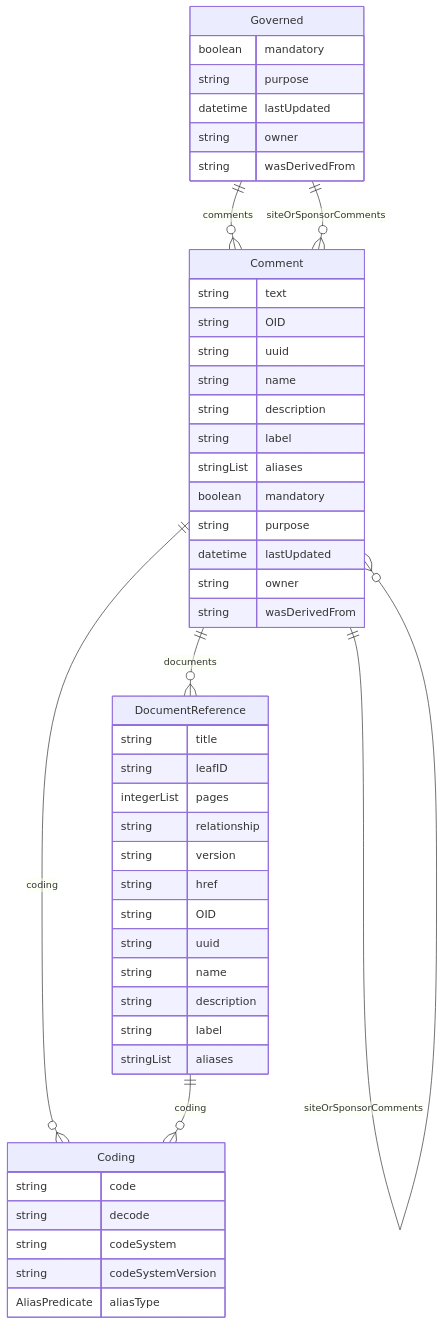
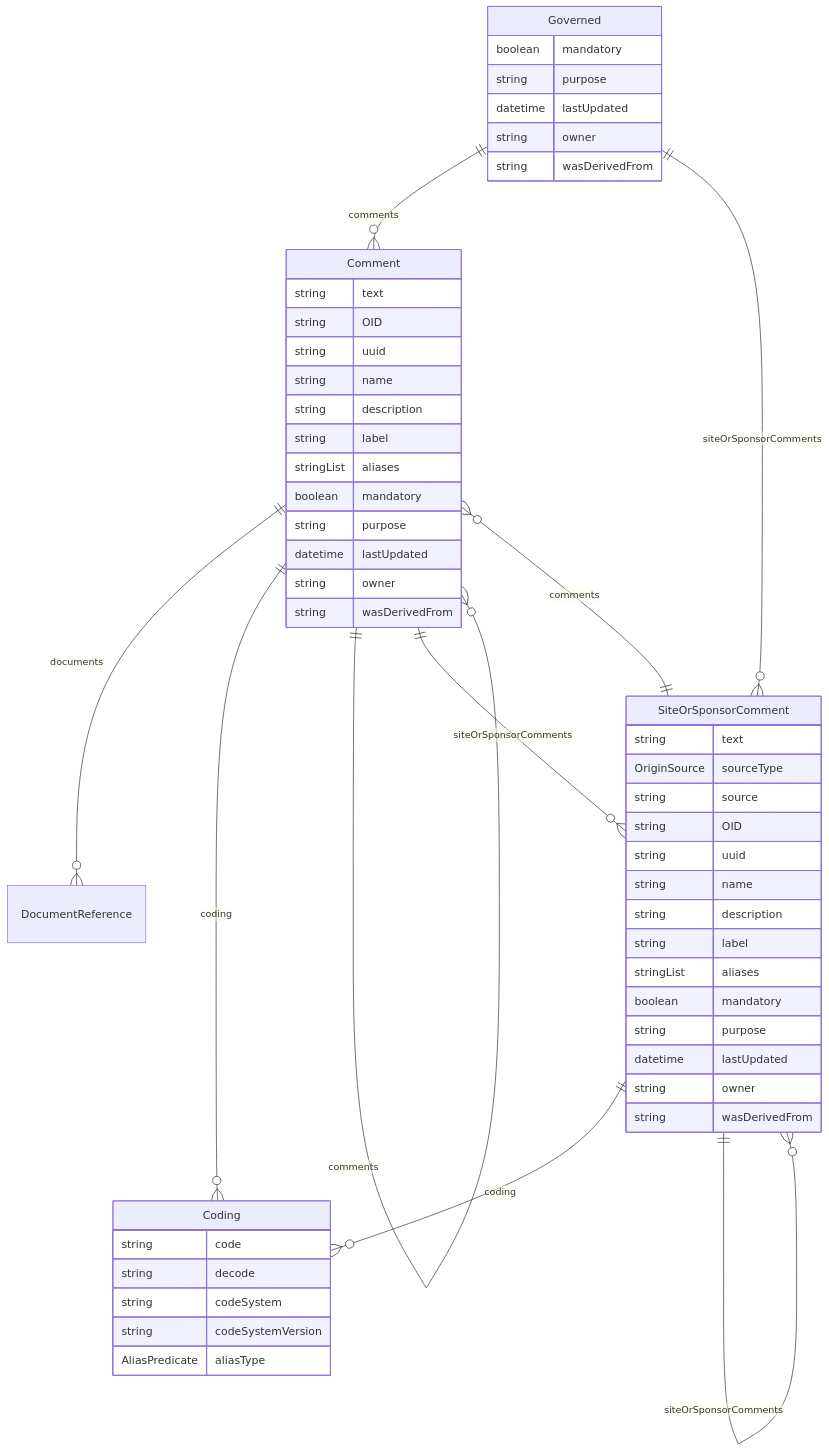
The diagram in docs/classes/Governed.md (TeMeta/define-json), drawn with Mermaid before and after one commit. The commit also changed other lines of this file and 98 other files, not shown here.

````diff
--- a/docs/classes/Governed.md
+++ b/docs/classes/Governed.md
@@ -16,54 +16,58 @@
 ```mermaid
 erDiagram
 Governed {
+    boolean mandatory  
+    string purpose  
+    datetime lastUpdated  
+    string owner  
+    string wasDerivedFrom  
+}
+SiteOrSponsorComment {
+    string text  
+    OriginSource sourceType  
+    string source  
+    string OID  
+    string uuid  
+    string name  
+    string description  
+    string label  
+    stringList aliases  
     boolean mandatory  
     string purpose  
     datetime lastUpdated  
     string owner  
     string wasDerivedFrom  
 }
 Comment {
     string text  
     string OID  
     string uuid  
     string name  
     string description  
     string label  
     stringList aliases  
     boolean mandatory  
     string purpose  
     datetime lastUpdated  
     string owner  
     string wasDerivedFrom  
 }
 Coding {
     string code  
     string decode  
     string codeSystem  
     string codeSystemVersion  
     AliasPredicate aliasType  
 }
-DocumentReference {
-    string title  
-    string leafID  
-    integerList pages  
-    string relationship  
-    string version  
-    string href  
-    string OID  
-    string uuid  
-    string name  
-    string description  
-    string label  
-    stringList aliases  
-}
 
 Governed ||--}o Comment : "comments"
-Governed ||--}o Comment : "siteOrSponsorComments"
+Governed ||--}o SiteOrSponsorComment : "siteOrSponsorComments"
+SiteOrSponsorComment ||--}o Coding : "coding"
+SiteOrSponsorComment ||--}o Comment : "comments"
+SiteOrSponsorComment ||--}o SiteOrSponsorComment : "siteOrSponsorComments"
 Comment ||--}o DocumentReference : "documents"
 Comment ||--}o Coding : "coding"
 Comment ||--}o Comment : "comments"
-Comment ||--}o Comment : "siteOrSponsorComments"
-DocumentReference ||--}o Coding : "coding"
+Comment ||--}o SiteOrSponsorComment : "siteOrSponsorComments"
 
 ```
````
